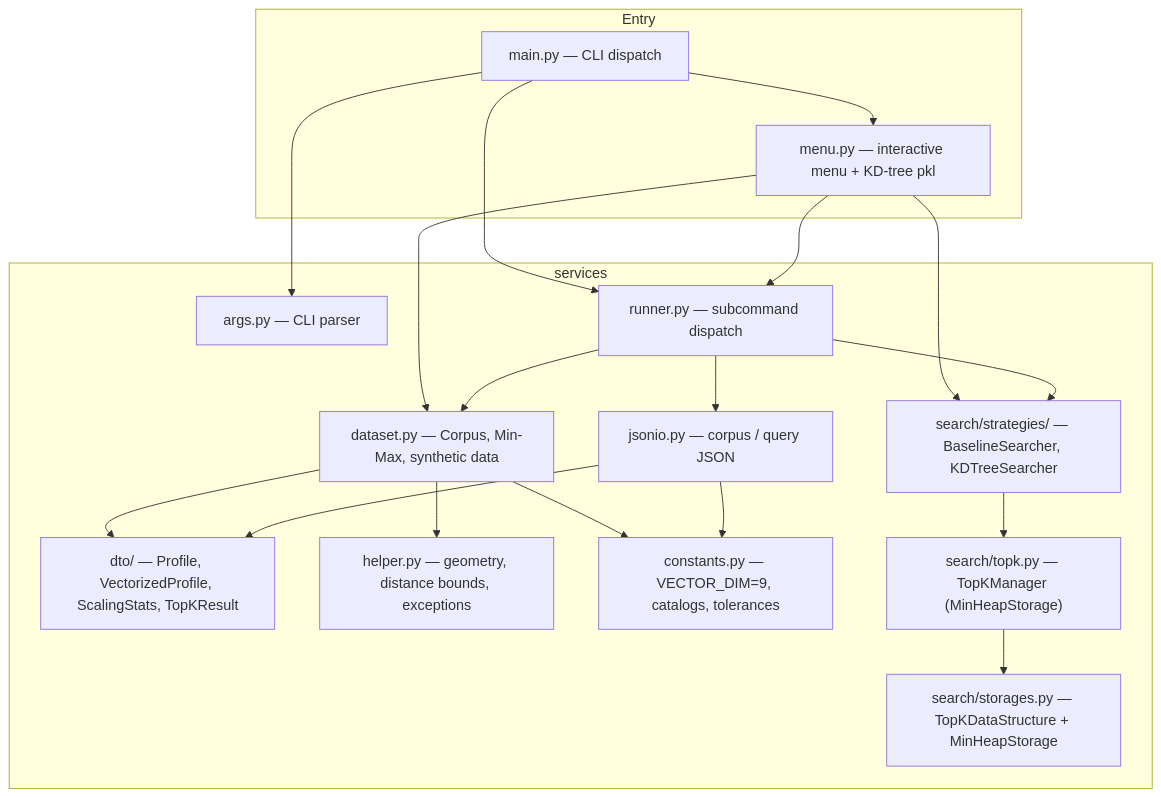
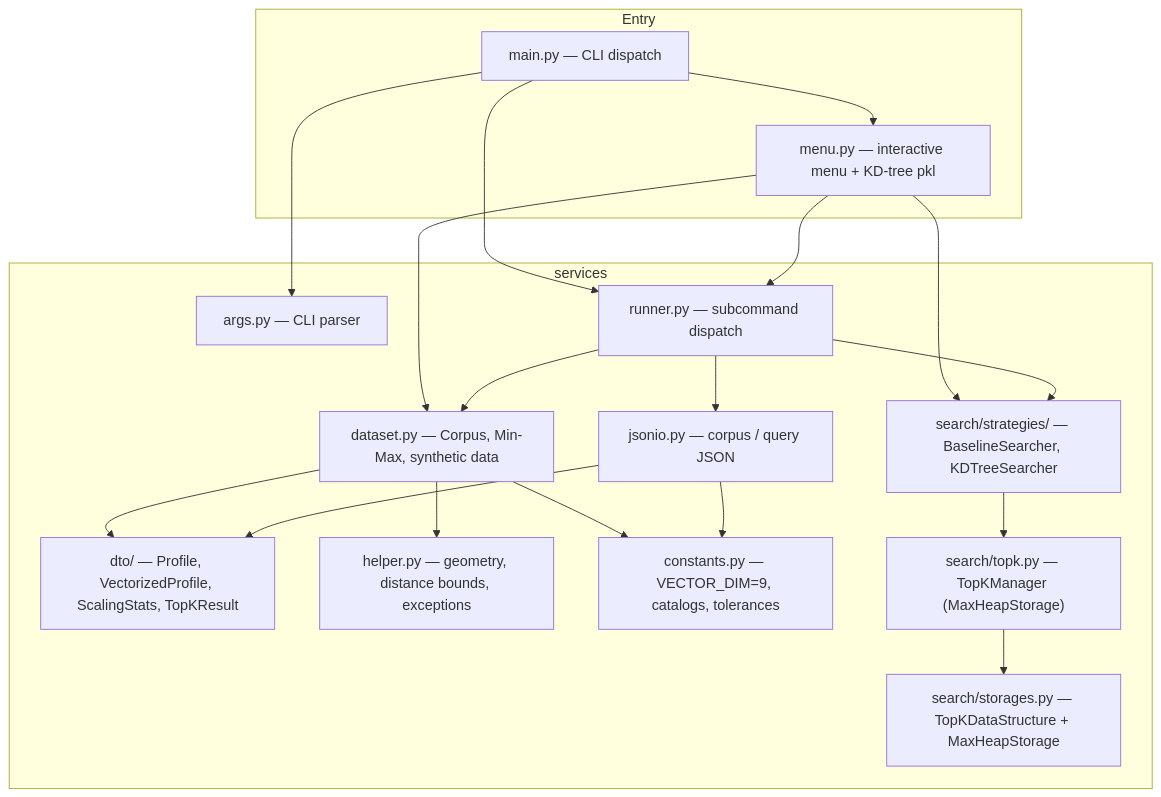
The diagram in README.md (DatacollectorVN/Algorithm_and_Analysis_Group), drawn with Mermaid before and after one commit. The commit also changed other lines of this file and 2 other files, not shown here.

Commit message:
[Updated] Rename heap storage

````diff
--- a/README.md
+++ b/README.md
@@ -333,35 +333,35 @@
 ```mermaid
 flowchart TB
   subgraph entry [Entry]
     main["main.py — CLI dispatch"]
     menu["menu.py — interactive menu + KD-tree pkl"]
   end
   subgraph services [services]
     args["args.py — CLI parser"]
     runner["runner.py — subcommand dispatch"]
     dataset["dataset.py — Corpus, Min-Max, synthetic data"]
     jsonio["jsonio.py — corpus / query JSON"]
     dto["dto/ — Profile, VectorizedProfile, ScalingStats, TopKResult"]
-    storages["search/storages.py — TopKDataStructure + MinHeapStorage"]
+    storages["search/storages.py — TopKDataStructure + MaxHeapStorage"]
     helper["helper.py — geometry, distance bounds, exceptions"]
     constants["constants.py — VECTOR_DIM=9, catalogs, tolerances"]
-    topk["search/topk.py — TopKManager (MinHeapStorage)"]
+    topk["search/topk.py — TopKManager (MaxHeapStorage)"]
     search["search/strategies/ — BaselineSearcher, KDTreeSearcher"]
   end
   main --> args
   main --> runner
   main --> menu
   menu --> dataset
   menu --> runner
   menu --> search
   runner --> dataset
   runner --> jsonio
   runner --> search
   dataset --> dto
   dataset --> helper
   dataset --> constants
   jsonio --> dto
   jsonio --> constants
   search --> topk
   topk --> storages
 ```
````
